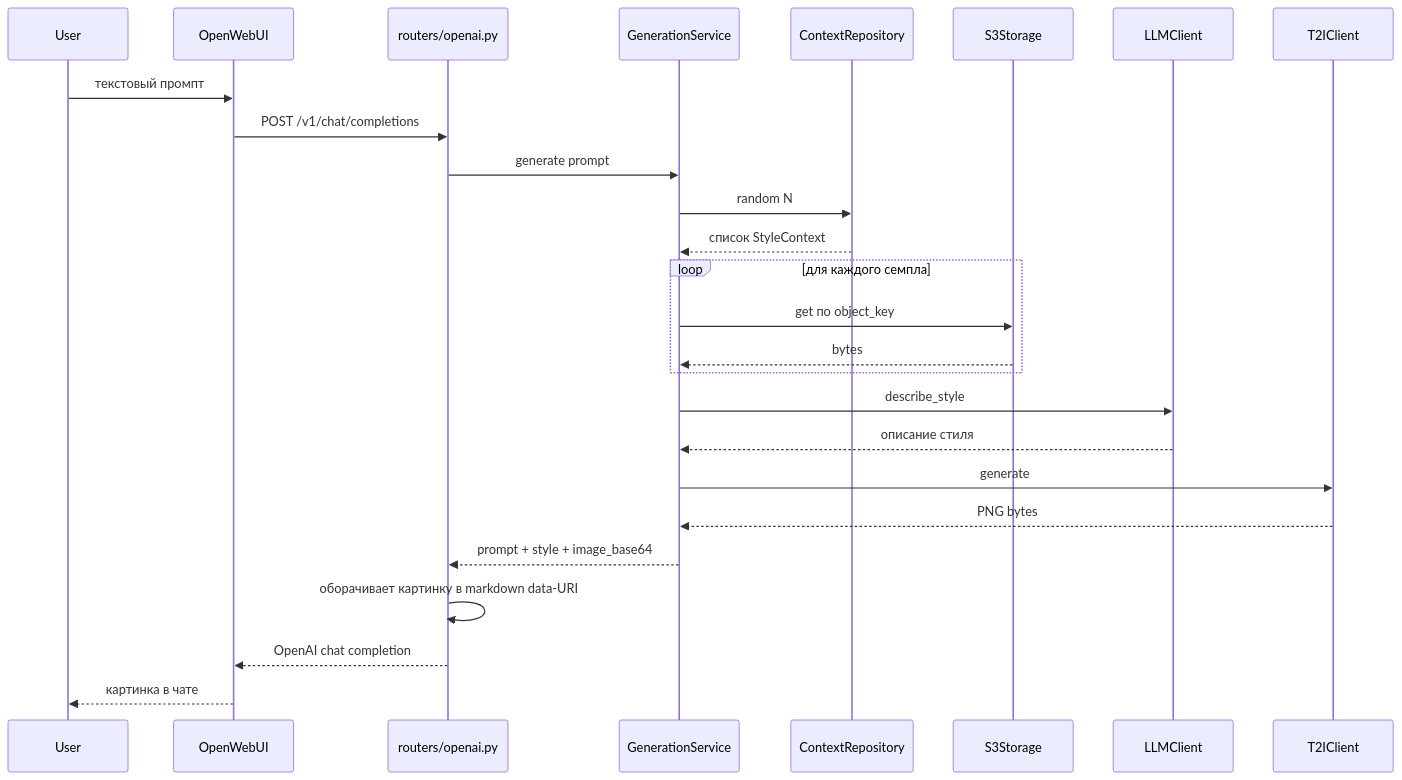
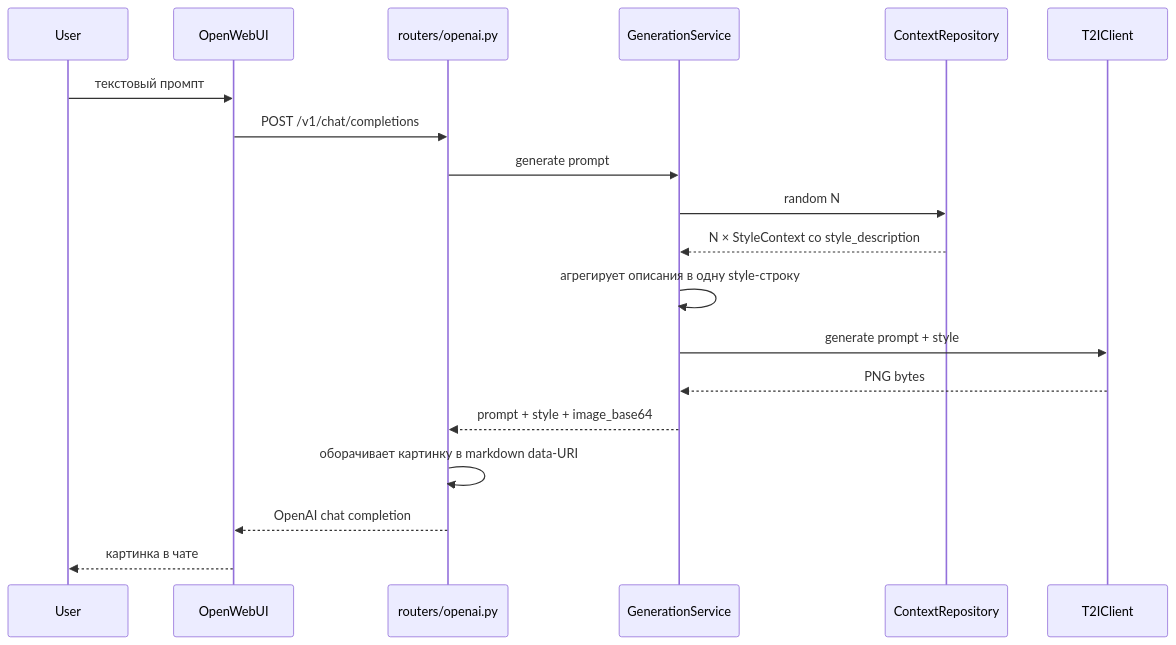
One commit to esgon191/icon-gen changed the third of 4 diagrams in README.md. Above: the diagram before and after it, drawn with Mermaid. The commit also changed other lines of this file and 17 other files, not shown here.

````diff
--- a/README.md
+++ b/README.md
@@ -104,29 +152,22 @@
 ```mermaid
 sequenceDiagram
     participant User
     participant OWU as OpenWebUI
     participant Router as routers/openai.py
     participant Svc as GenerationService
     participant Repo as ContextRepository
-    participant Storage as S3Storage
-    participant LLM as LLMClient
     participant T2I as T2IClient
 
     User->>OWU: текстовый промпт
     OWU->>Router: POST /v1/chat/completions
     Router->>Svc: generate prompt
     Svc->>Repo: random N
-    Repo-->>Svc: список StyleContext
-    loop для каждого семпла
-        Svc->>Storage: get по object_key
-        Storage-->>Svc: bytes
-    end
-    Svc->>LLM: describe_style
-    LLM-->>Svc: описание стиля
-    Svc->>T2I: generate
+    Repo-->>Svc: N × StyleContext со style_description
+    Svc->>Svc: агрегирует описания в одну style-строку
+    Svc->>T2I: generate prompt + style
     T2I-->>Svc: PNG bytes
     Svc-->>Router: prompt + style + image_base64
     Router->>Router: оборачивает картинку в markdown data-URI
     Router-->>OWU: OpenAI chat completion
     OWU-->>User: картинка в чате
 ```
````
